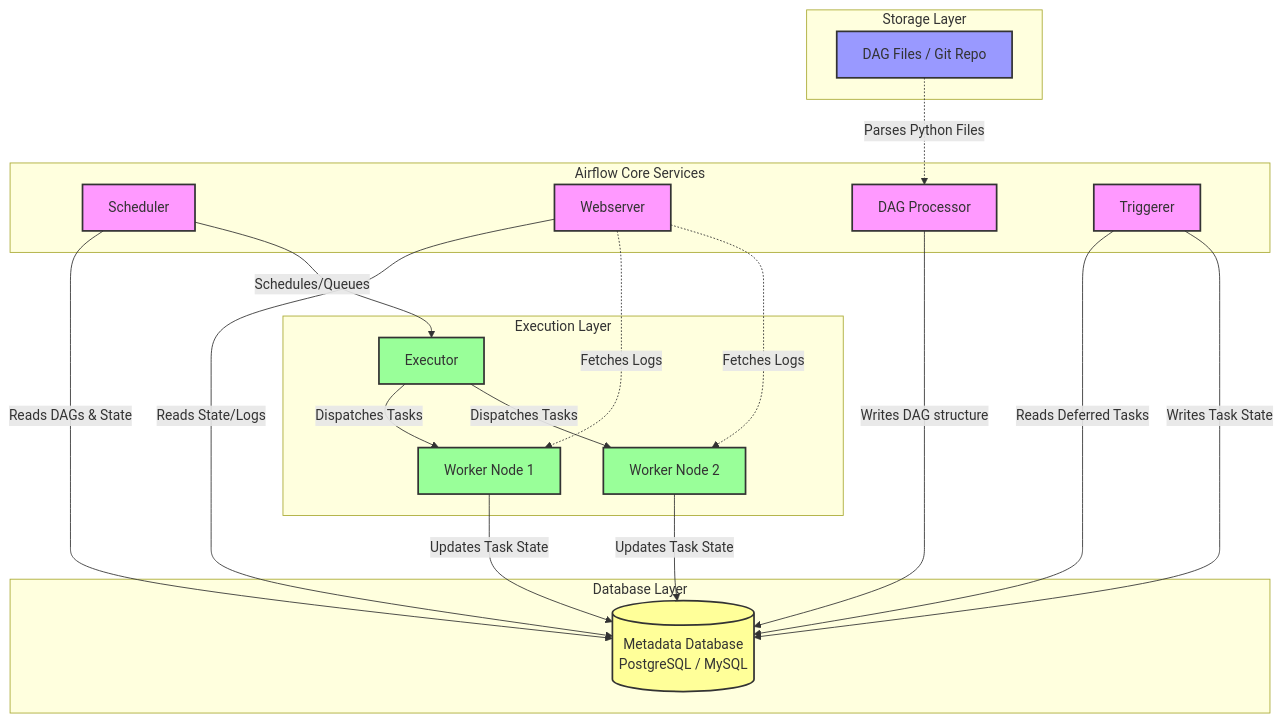
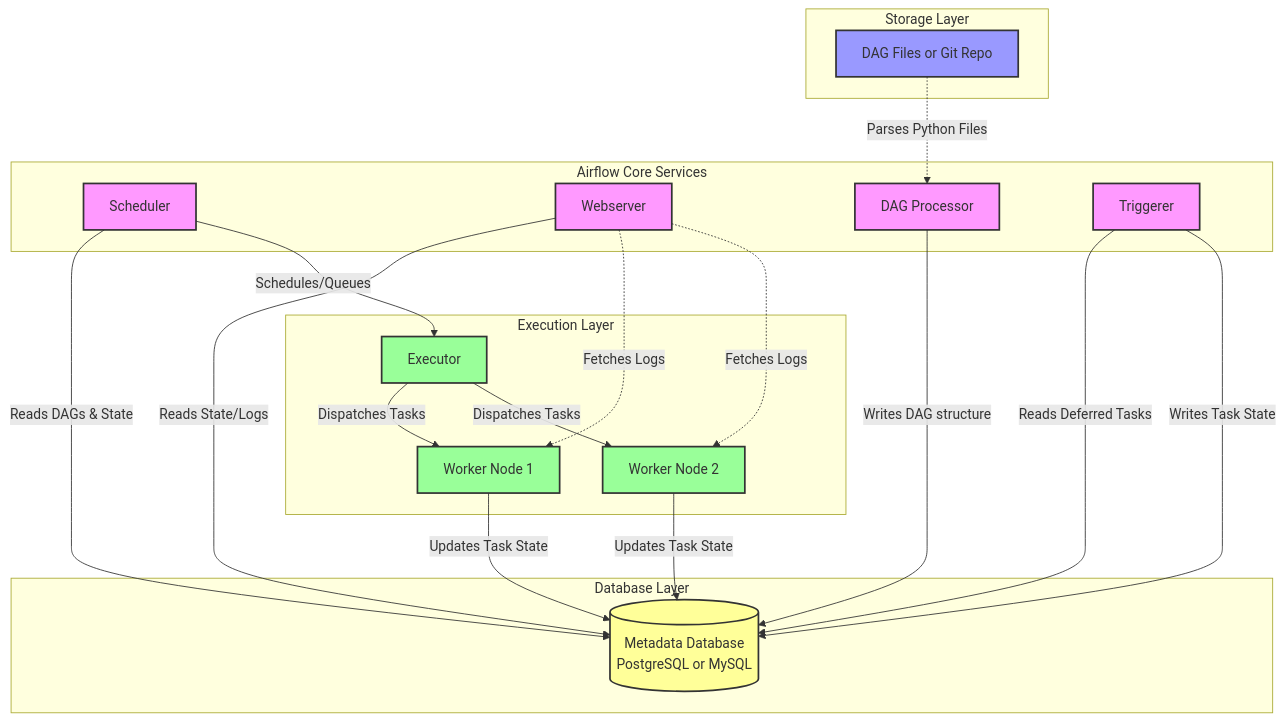
One commit to samargupta096/software-engineering changed the first of 5 diagrams in devops/airflow/01_architecture_and_internals.md. Above: the diagram before and after it, drawn with Mermaid. The commit also changed other lines of this file and 4 other files, not shown here.

Commit message:
docs: finalize Mermaid diagram compliance across all Airflow modules and comprehensive guide

````diff
--- a/devops/airflow/01_architecture_and_internals.md
+++ b/devops/airflow/01_architecture_and_internals.md
@@ -12,53 +12,53 @@
 ```mermaid
 graph TD
     subgraph Airflow Core Services
         S[Scheduler]
         W[Webserver]
         DP[DAG Processor]
         T[Triggerer]
     end
 
-    subgraph Database Layer
-        DB[("Metadata Database \n PostgreSQL / MySQL")]
+    subgraph Database_Layer ["Database Layer"]
+        DB[("Metadata Database \n PostgreSQL or MySQL")]
     end
 
-    subgraph Execution Layer
-        E[Executor]
-        W1[Worker Node 1]
-        W2[Worker Node 2]
+    subgraph Execution_Layer ["Execution Layer"]
+        E["Executor"]
+        W1["Worker Node 1"]
+        W2["Worker Node 2"]
     end
     
-    subgraph Storage Layer
-        VCS[DAG Files / Git Repo]
+    subgraph Storage_Layer ["Storage Layer"]
+        VCS["DAG Files or Git Repo"]
     end
 
     %% Connections
     VCS -.->|Parses Python Files| DP
     DP -->|Writes DAG structure| DB
     
     S -->|Reads DAGs & State| DB
     S -->|Schedules/Queues| E
     
     W -->|Reads State/Logs| DB
     W -.->|Fetches Logs| W1
     W -.->|Fetches Logs| W2
     
     T -->|Reads Deferred Tasks| DB
     T -->|Writes Task State| DB
 
     E -->|Dispatches Tasks| W1
     E -->|Dispatches Tasks| W2
     
     W1 -->|Updates Task State| DB
     W2 -->|Updates Task State| DB
 
     classDef core fill:#f9f,stroke:#333,stroke-width:2px;
     classDef db fill:#ff9,stroke:#333,stroke-width:2px;
     classDef exec fill:#9f9,stroke:#333,stroke-width:2px;
     classDef storage fill:#99f,stroke:#333,stroke-width:2px;
     
     class S,W,DP,T core;
     class DB db;
     class E,W1,W2 exec;
     class VCS storage;
 ```
````
